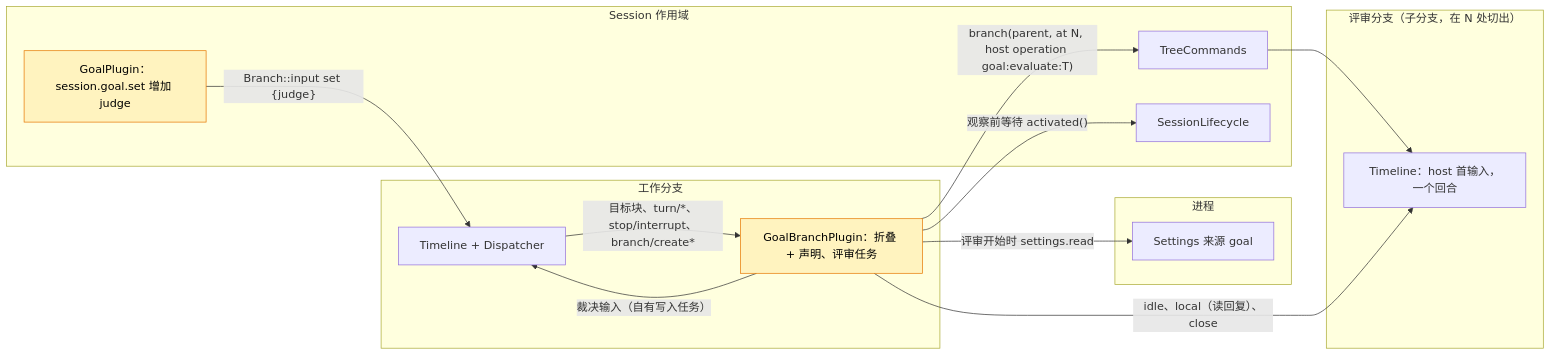
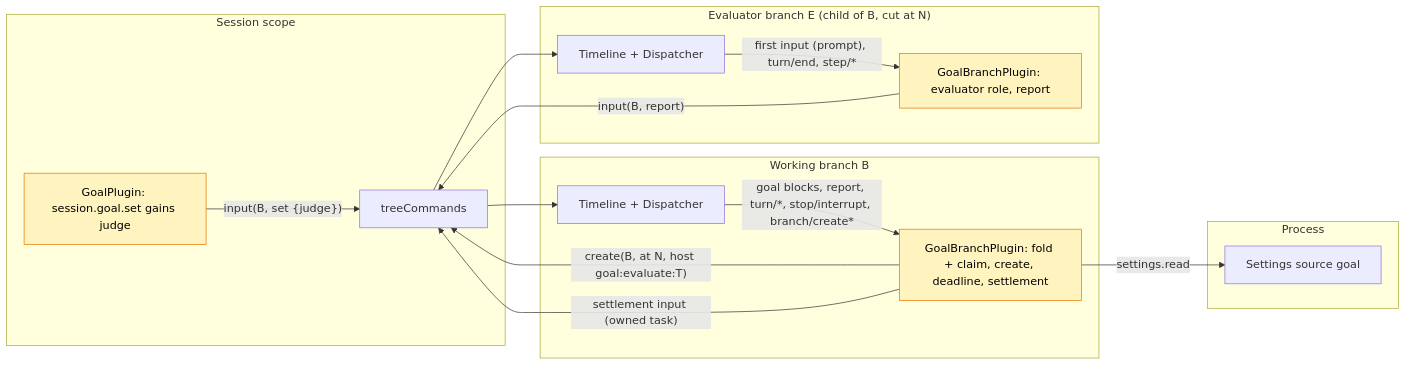
The diagram in docs/zh/design/plugins/Pursuit.md (CoutinhoTTS/dim-agent), drawn with Mermaid before and after one commit. The commit also changed other lines of this file and 1 other file, not shown here.

First line of the commit message:
docs(pursuit): bring the evaluator judge to a Ready candidate on the TypeScript Goal

````diff
--- a/docs/zh/design/plugins/Pursuit.md
+++ b/docs/zh/design/plugins/Pursuit.md
@@ -50,27 +53,28 @@
 ```mermaid
 flowchart LR
-  subgraph PROC["进程"]
-    Settings["Settings 来源 goal"]
+  subgraph PROC["Process"]
+    Settings["Settings source goal"]
   end
-  subgraph SESS["Session 作用域"]
-    GS["GoalPlugin：session.goal.set 增加 judge"]:::changed
-    TC["TreeCommands"]
-    SL["SessionLifecycle"]
+  subgraph SESS["Session scope"]
+    GS["GoalPlugin: session.goal.set gains judge"]:::changed
+    TC["treeCommands"]
   end
-  subgraph BR["工作分支"]
-    GB["GoalBranchPlugin：折叠 + 声明、评审任务"]:::changed
+  subgraph BR["Working branch B"]
+    GB["GoalBranchPlugin: fold + claim, create, deadline, settlement"]:::changed
     TL["Timeline + Dispatcher"]
   end
-  subgraph EV["评审分支（子分支，在 N 处切出）"]
-    ETL["Timeline：host 首输入，一个回合"]
+  subgraph EV["Evaluator branch E (child of B, cut at N)"]
+    GE["GoalBranchPlugin: evaluator role, report"]:::changed
+    ETL["Timeline + Dispatcher"]
   end
-  GS -- "Branch::input set {judge}" --> TL
-  TL -- "目标块、turn/*、stop/interrupt、branch/create*" --> GB
-  GB -- "branch(parent, at N, host operation goal:evaluate:T)" --> TC
+  GS -- "input(B, set {judge})" --> TC
+  TC --> TL
+  TL -- "goal blocks, report, turn/*, stop/interrupt, branch/create*" --> GB
+  GB -- "create(B, at N, host goal:evaluate:T)" --> TC
   TC --> ETL
-  GB -- "idle、local（读回复）、close" --> ETL
-  GB -- "裁决输入（自有写入任务）" --> TL
-  GB -- "评审开始时 settings.read" --> Settings
-  GB -- "观察前等待 activated()" --> SL
+  ETL -- "first input (prompt), turn/end, step/*" --> GE
+  GE -- "input(B, report)" --> TC
+  GB -- "settlement input (owned task)" --> TC
+  GB -- "settings.read" --> Settings
   classDef changed fill:#fff3bf,stroke:#e67700,color:#000
 ```
````
